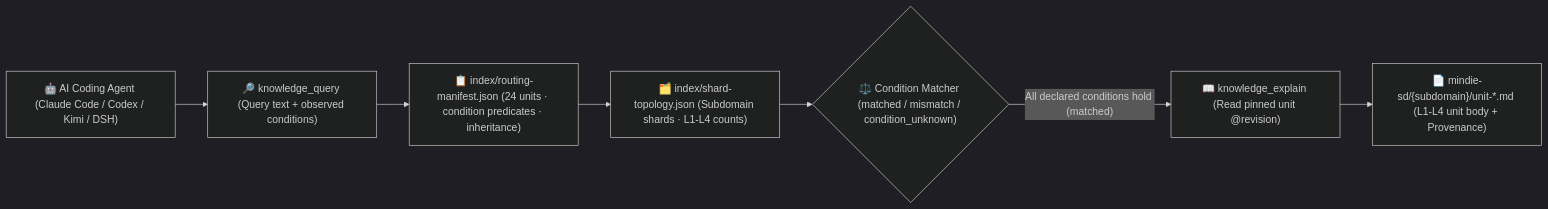
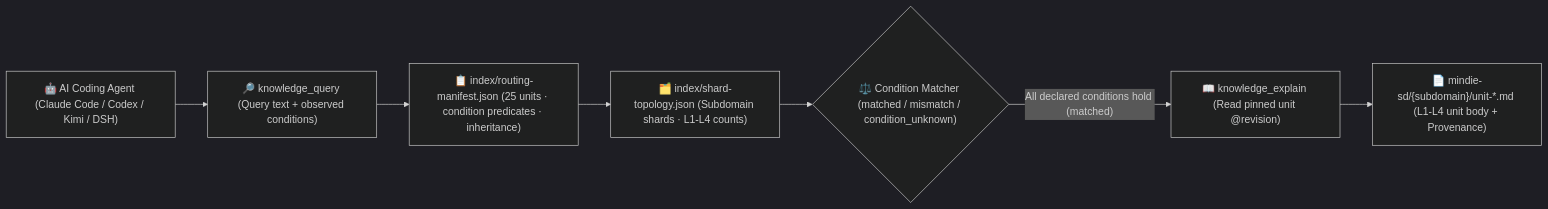
Before and after one commit to mindie-agent/knowledge-mindie-sd: the diagram in README.en.md, drawn with Mermaid (dark theme). The commit also changed other lines of this file and 4 other files, not shown here.

````diff
--- a/README.en.md
+++ b/README.en.md
@@ -106,13 +122,13 @@
 ```mermaid
 flowchart LR
   Agent["🤖 AI Coding Agent (Claude Code / Codex / Kimi / DSH)"]
   Query["🔎 knowledge_query (Query text + observed conditions)"]
-  Manifest["📋 index/routing-manifest.json (24 units · condition predicates · inheritance)"]
+  Manifest["📋 index/routing-manifest.json (25 units · condition predicates · inheritance)"]
   Topology["🗂️ index/shard-topology.json (Subdomain shards · L1-L4 counts)"]
   Match{"⚖️ Condition Matcher (matched / mismatch / condition_unknown)"}
   Explain["📖 knowledge_explain (Read pinned unit @revision)"]
   Units["📄 mindie-sd/{subdomain}/unit-*.md (L1-L4 unit body + Provenance)"]
 
   Agent --> Query --> Manifest --> Topology --> Match
   Match -- "All declared conditions hold (matched)" --> Explain --> Units
 ```
````
